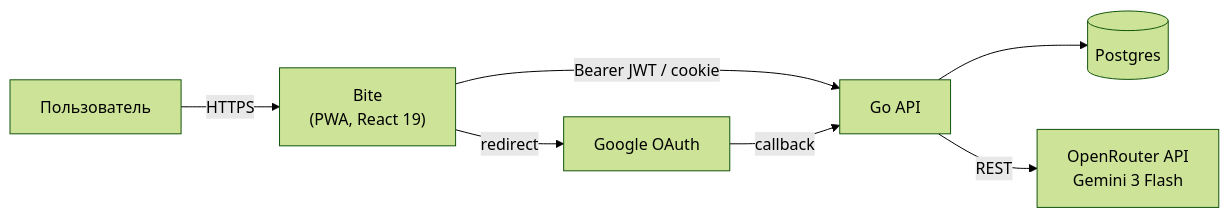
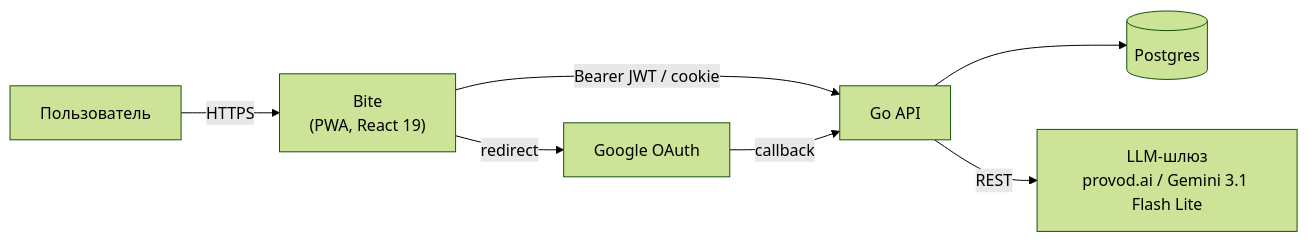
One commit to fedor-resh/macros-count-app changed the first of 4 diagrams in docs/05-architecture.md. Above: the diagram before and after it, drawn with Mermaid (forest theme). The commit also changed other lines of this file and 15 other files, not shown here.

````diff
--- a/docs/05-architecture.md
+++ b/docs/05-architecture.md
@@ -19,16 +19,16 @@
 ```mermaid
 graph LR
     User[Пользователь]
     App["Bite<br/>(PWA, React 19)"]
     API["Go API"]
     DB[("Postgres")]
-    OpenRouter["OpenRouter API<br/>Gemini 3 Flash"]
+    LLM["LLM-шлюз<br/>provod.ai / Gemini 3.1 Flash Lite"]
     Google["Google OAuth"]
 
     User -->|HTTPS| App
     App -->|Bearer JWT / cookie| API
     API --> DB
-    API -->|REST| OpenRouter
+    API -->|REST| LLM
     App -->|redirect| Google
     Google -->|callback| API
 ```
````
